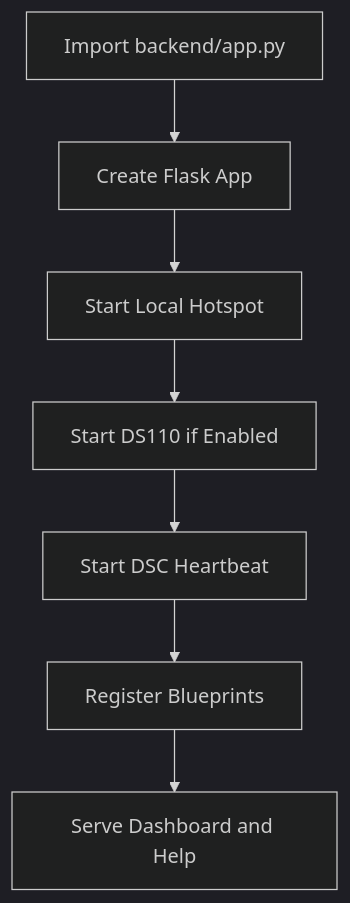
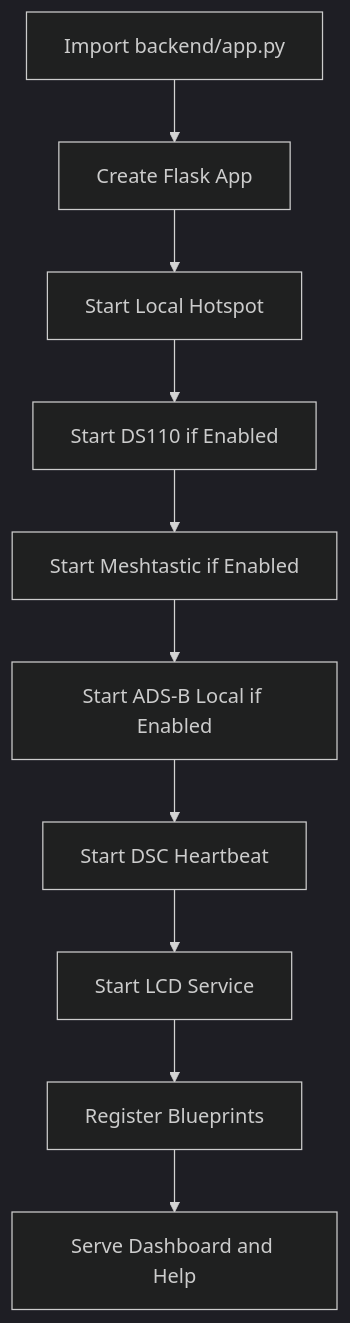
The first of 4 diagrams in tracker-mini/frontend/help/docs/developer/backend.md (iz0qwm/drone_detector_antsdr_dronescout), drawn with Mermaid (dark theme) before and after one commit. The commit also changed other lines of this file and 19 other files, not shown here.

````diff
--- a/tracker-mini/frontend/help/docs/developer/backend.md
+++ b/tracker-mini/frontend/help/docs/developer/backend.md
@@ -55,18 +55,24 @@
 ```mermaid
 flowchart TD
 
     Start["Import backend/app.py"]
     Flask["Create Flask App"]
     Hotspot["Start Local Hotspot"]
     DS110["Start DS110 if Enabled"]
+    Mesh["Start Meshtastic if Enabled"]
+    Readsb["Start ADS-B Local if Enabled"]
     DSC["Start DSC Heartbeat"]
+    LCD["Start LCD Service"]
     Register["Register Blueprints"]
     Serve["Serve Dashboard and Help"]
 
     Start --> Flask
     Flask --> Hotspot
     Hotspot --> DS110
-    DS110 --> DSC
-    DSC --> Register
+    DS110 --> Mesh
+    Mesh --> Readsb
+    Readsb --> DSC
+    DSC --> LCD
+    LCD --> Register
     Register --> Serve
 ```
````
